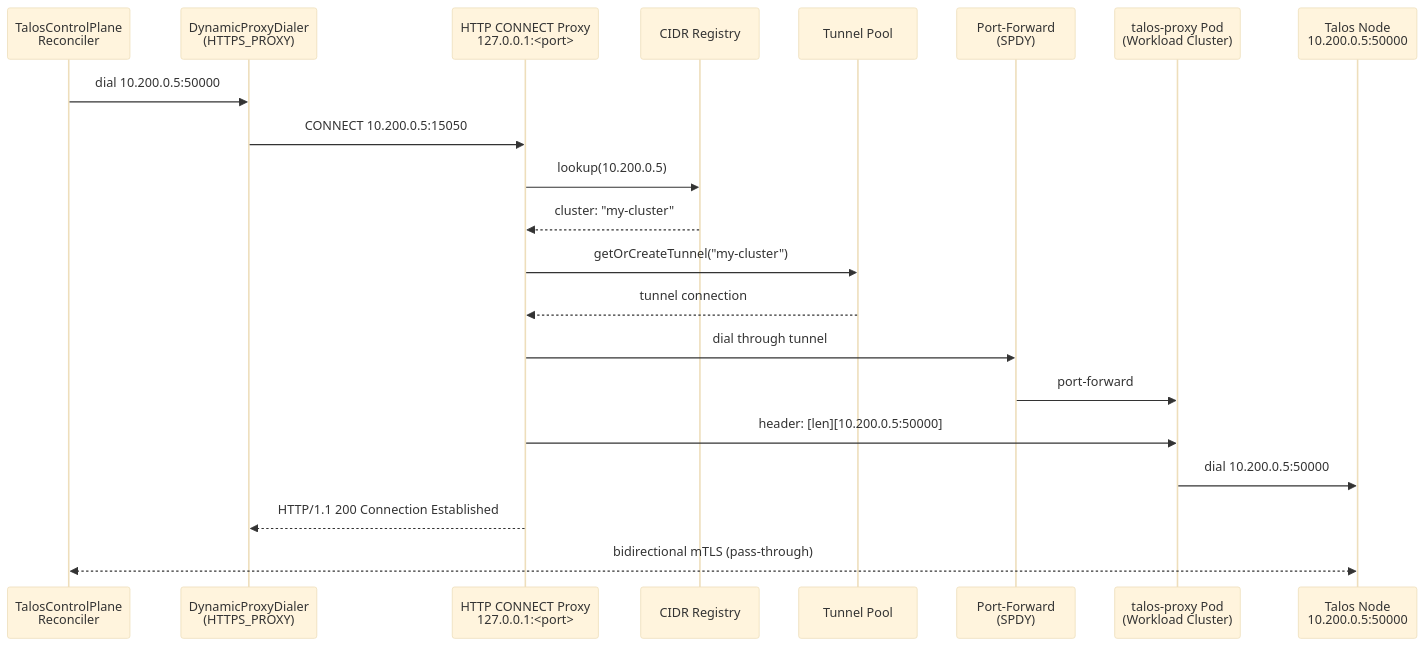
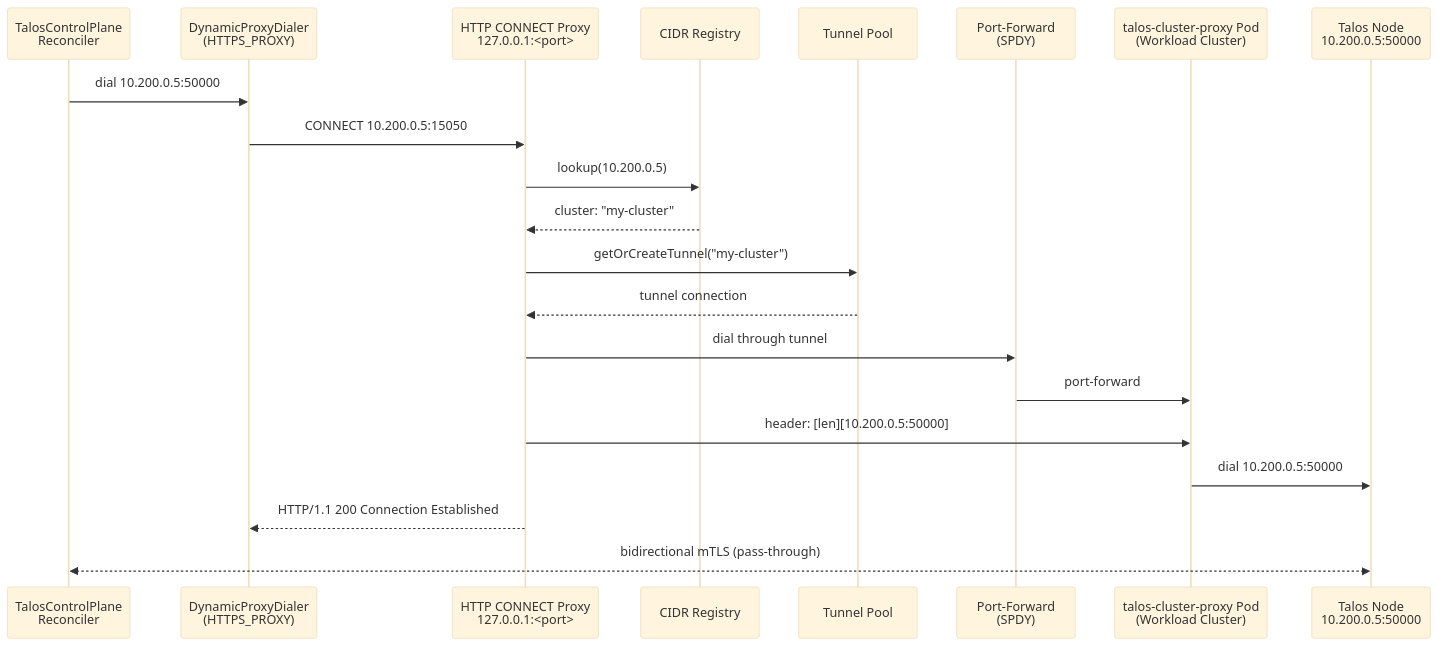
Before and after one commit to kommodity-io/kommodity: the diagram in pkg/talosproxy/README.md, drawn with Mermaid (base theme). The commit also changed other lines of this file and 12 other files, not shown here.

Commit message:
feat(talosproxy): rename talos-proxy to talos-cluster-proxy in documentation and code

````diff
--- a/pkg/talosproxy/README.md
+++ b/pkg/talosproxy/README.md
@@ -9,24 +9,24 @@
 ```mermaid
 sequenceDiagram
     participant R as TalosControlPlane<br/>Reconciler
     participant D as DynamicProxyDialer<br/>(HTTPS_PROXY)
     participant P as HTTP CONNECT Proxy<br/>127.0.0.1:<port>
     participant CR as CIDR Registry
     participant T as Tunnel Pool
     participant PF as Port-Forward<br/>(SPDY)
-    participant TP as talos-proxy Pod<br/>(Workload Cluster)
+    participant TP as talos-cluster-proxy Pod<br/>(Workload Cluster)
     participant TN as Talos Node<br/>10.200.0.5:50000
 
     R->>D: dial 10.200.0.5:50000
     D->>P: CONNECT 10.200.0.5:15050
     P->>CR: lookup(10.200.0.5)
     CR-->>P: cluster: "my-cluster"
     P->>T: getOrCreateTunnel("my-cluster")
     T-->>P: tunnel connection
     P->>PF: dial through tunnel
     PF->>TP: port-forward
     P->>TP: header: [len][10.200.0.5:50000]
     TP->>TN: dial 10.200.0.5:50000
     P-->>D: HTTP/1.1 200 Connection Established
     R<<-->>TN: bidirectional mTLS (pass-through)
 ```
````
